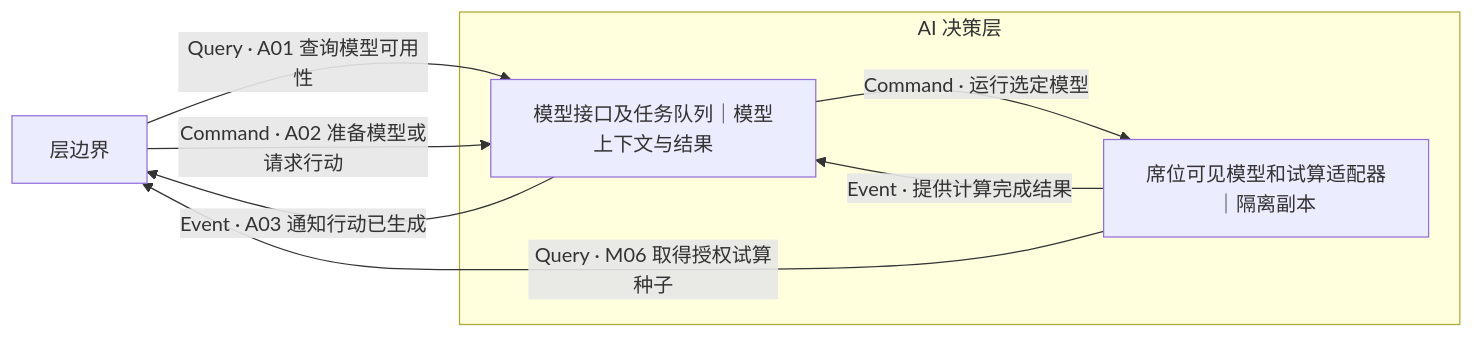
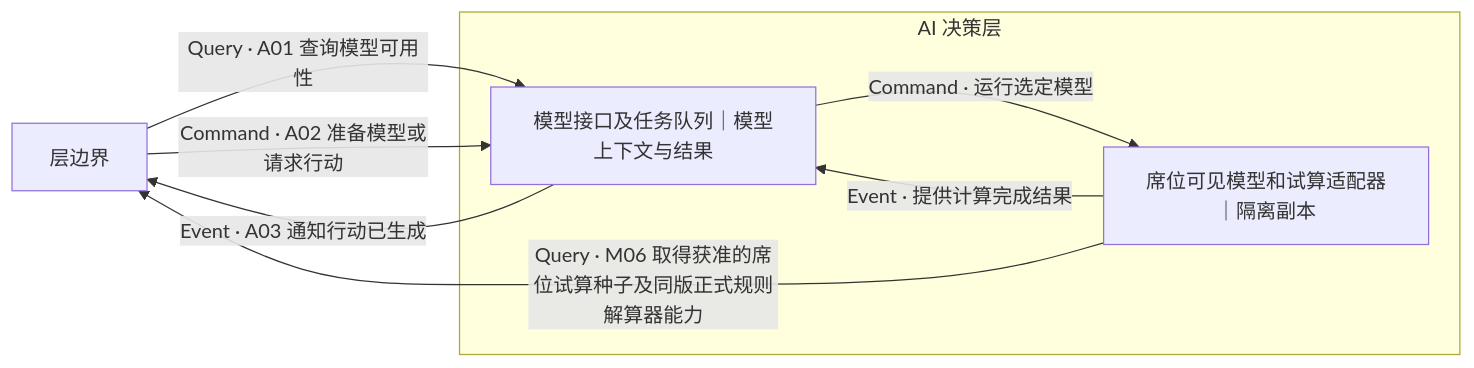
The fourth of 5 diagrams in specs/001-offline-game-refactor/contracts/layer-boundaries.md (jigejiqiangshou/Critical-Provisional), drawn with Mermaid before and after one commit. The commit also changed other lines of this file and 8 other files, not shown here.

````diff
--- a/specs/001-offline-game-refactor/contracts/layer-boundaries.md
+++ b/specs/001-offline-game-refactor/contracts/layer-boundaries.md
@@ -87,14 +88,14 @@
 ```mermaid
 flowchart LR
   B["层边界"]
   subgraph A["AI 决策层"]
     M["模型接口及任务队列｜模型上下文与结果"]
     V["席位可见模型和试算适配器｜隔离副本"]
     M -->|"Command · 运行选定模型"| V
     V -->|"Event · 提供计算完成结果"| M
   end
   B -->|"Query · A01 查询模型可用性"| M
   B -->|"Command · A02 准备模型或请求行动"| M
   M -->|"Event · A03 通知行动已生成"| B
-  V -->|"Query · M06 取得授权试算种子"| B
+  V -->|"Query · M06 取得获准的席位试算种子及同版正式规则解算器能力"| B
 ```
````
